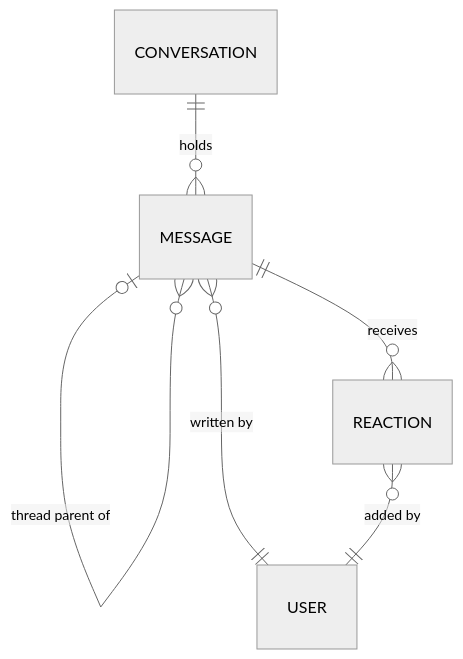
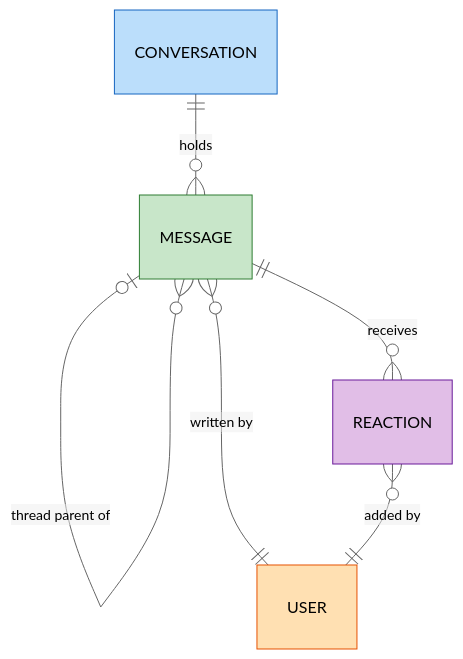
Before and after one commit to alephic-ai/foac: the diagram in doc/slack.md, drawn with Mermaid (neutral theme). The commit also changed 6 other files, not shown here.

````diff
--- a/doc/slack.md
+++ b/doc/slack.md
@@ -47,8 +47,16 @@
 ```mermaid
 erDiagram
     CONVERSATION ||--o{ MESSAGE : holds
     MESSAGE |o--o{ MESSAGE : "thread parent of"
     MESSAGE }o--|| USER : "written by"
     MESSAGE ||--o{ REACTION : receives
     REACTION }o--|| USER : "added by"
+    classDef scope fill:#bbdefb,stroke:#1565c0,color:#000
+    classDef work fill:#c8e6c9,stroke:#2e7d32,color:#000
+    classDef people fill:#ffe0b2,stroke:#e65100,color:#000
+    classDef annotation fill:#e1bee7,stroke:#6a1b9a,color:#000
+    class CONVERSATION scope
+    class MESSAGE work
+    class USER people
+    class REACTION annotation
 ```
````
